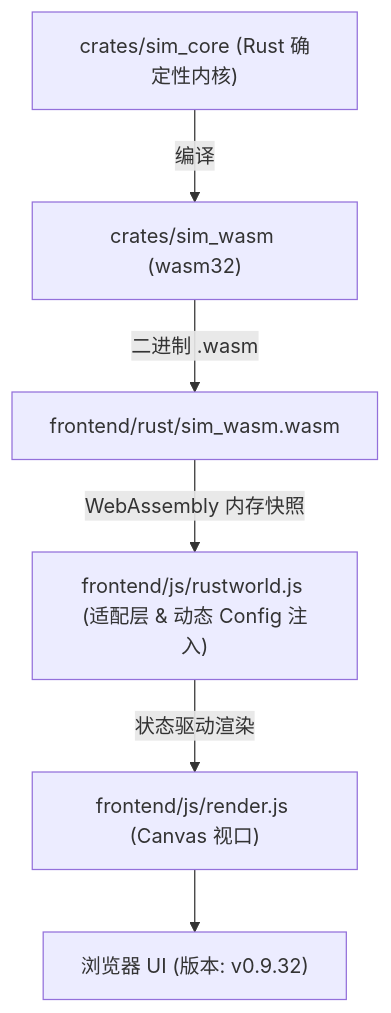
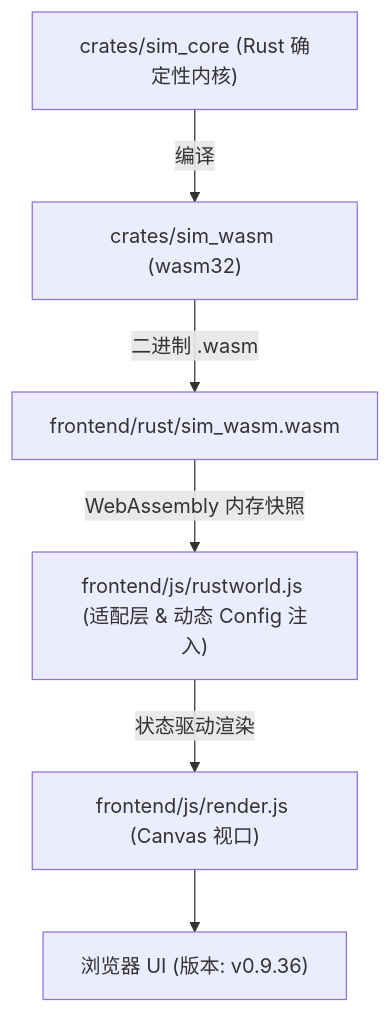
The diagram in AGENTS.md (g39088902/FlowAndAccord), drawn with Mermaid before and after one commit. The commit also changed other lines of this file and 21 other files, not shown here.

````diff
--- a/AGENTS.md
+++ b/AGENTS.md
@@ -28,8 +28,8 @@
 ```mermaid
 graph TD
     A["crates/sim_core (Rust 确定性内核)"] -->|编译| B["crates/sim_wasm (wasm32)"]
     B -->|二进制 .wasm| C["frontend/rust/sim_wasm.wasm"]
     C -->|WebAssembly 内存快照| D["frontend/js/rustworld.js (适配层 & 动态 Config 注入)"]
     D -->|状态驱动渲染| E["frontend/js/render.js (Canvas 视口)"]
-    E --> F["浏览器 UI (版本: v0.9.32)"]
+    E --> F["浏览器 UI (版本: v0.9.36)"]
 ```
````
